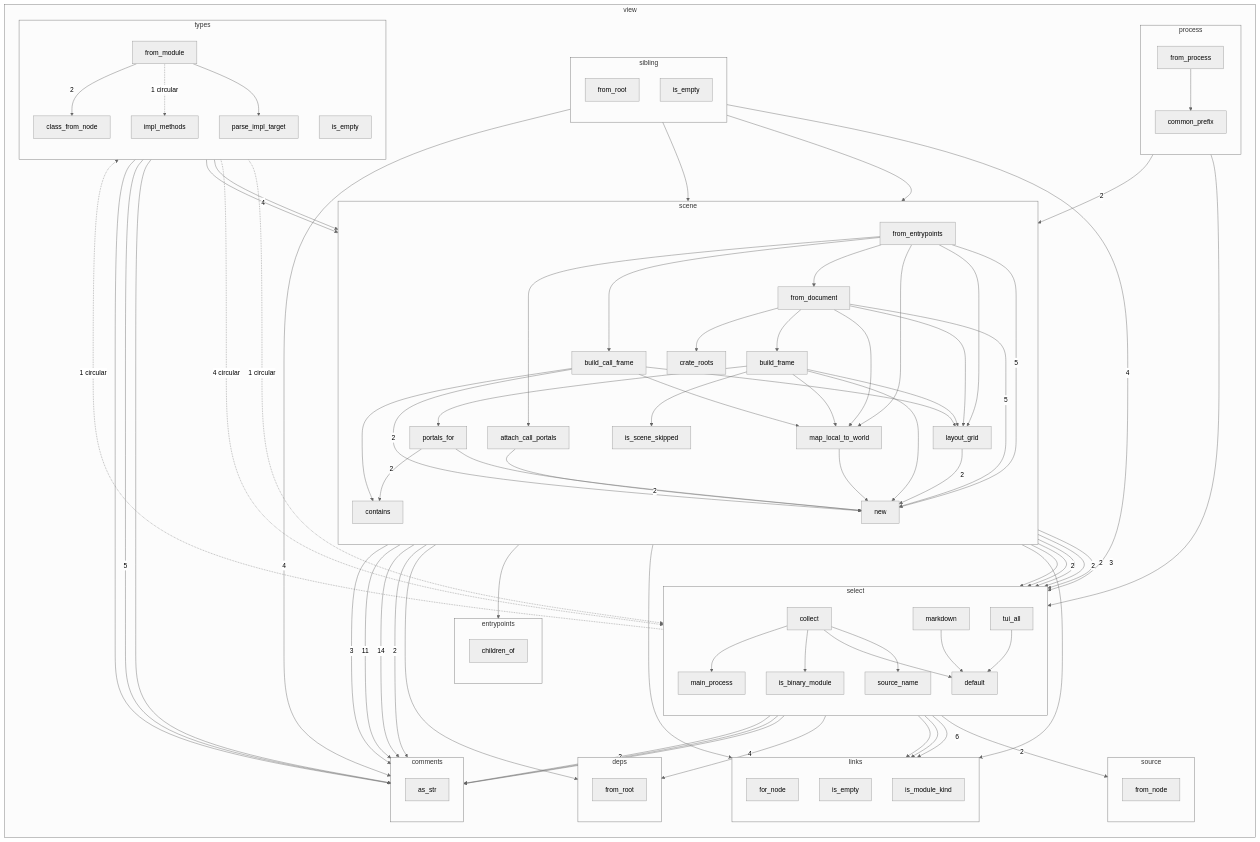
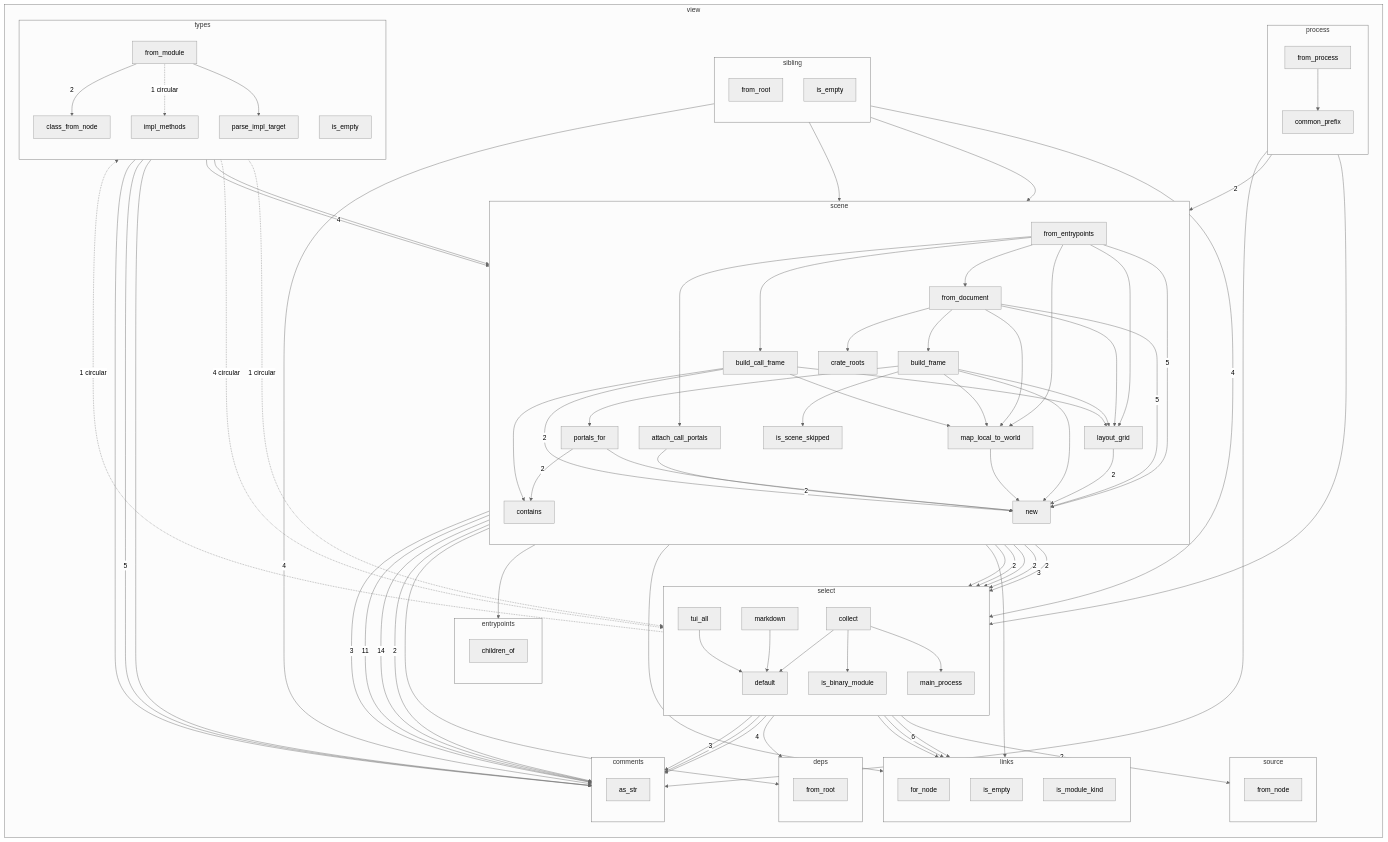
One commit to RyanGuild/self-describing-code changed the second of 2 diagrams in docs/self-model/robby_render/view/index.md. Above: the diagram before and after it, drawn with Mermaid (neutral theme). The commit also changed other lines of this file and 747 other files, not shown here.

```diff
--- a/docs/self-model/robby_render/view/index.md
+++ b/docs/self-model/robby_render/view/index.md
@@ -74,7 +75,7 @@
         direction TB
         subgraph n_2bf7728895532b9d["comments"]
             direction TB
-            n_fab4eeebb9766d7f["as_str"]
+            n_ff7778a79352f45c["as_str"]
         end
         subgraph n_55531c5d49993a41["deps"]
             direction TB
@@ -117,7 +118,6 @@
             n_737bc7514c5fccaa["is_binary_module"]
             n_7debed98e7d8376c["main_process"]
             n_d02d0abf1c3600ac["markdown"]
-            n_11f6d2fb700cd378["source_name"]
             n_f5a635ba7e165c71["tui_all"]
         end
         subgraph n_3d4b89e4d03574c3["sibling"]
@@ -139,24 +139,25 @@
         end
     end
     n_116ac437ecee9baf -.->|"1 circular"| n_bb9971de7b6aa277
-    n_116ac437ecee9baf --> n_fab4eeebb9766d7f
+    n_116ac437ecee9baf --> n_ff7778a79352f45c
     n_1923d2917a857926 --> n_362f706ada15eb10
     n_1923d2917a857926 --> n_43e14e4cbda3060d
     n_1923d2917a857926 --> n_4958b0fbabca34bc
     n_1923d2917a857926 --> n_79bed59b1a79eb84
     n_1923d2917a857926 -->|"3"| n_bb9971de7b6aa277
     n_1923d2917a857926 -->|"2"| n_f2c21d1aff51beb3
-    n_1923d2917a857926 -->|"2"| n_fab4eeebb9766d7f
+    n_1923d2917a857926 -->|"2"| n_ff7778a79352f45c
     n_25dacce096110768 --> n_570e2c532788087a
     n_25dacce096110768 --> n_bb9971de7b6aa277
     n_25dacce096110768 -->|"2"| n_f2c21d1aff51beb3
+    n_25dacce096110768 --> n_ff7778a79352f45c
     n_28988dd039e06d31 --> n_f2c21d1aff51beb3
-    n_28988dd039e06d31 -->|"14"| n_fab4eeebb9766d7f
+    n_28988dd039e06d31 -->|"14"| n_ff7778a79352f45c
     n_30b6d0144b0642cc -->|"2"| n_4958b0fbabca34bc
     n_30b6d0144b0642cc --> n_b8cfed370f7630fa
     n_30b6d0144b0642cc -->|"2"| n_bb9971de7b6aa277
     n_30b6d0144b0642cc -->|"2"| n_f2c21d1aff51beb3
-    n_30b6d0144b0642cc -->|"11"| n_fab4eeebb9766d7f
+    n_30b6d0144b0642cc -->|"11"| n_ff7778a79352f45c
     n_362f706ada15eb10 --> n_f2c21d1aff51beb3
     n_5d0e4314e8ae7165 --> n_30b6d0144b0642cc
     n_5d0e4314e8ae7165 --> n_362f706ada15eb10
@@ -165,12 +166,12 @@
     n_5d0e4314e8ae7165 -->|"2"| n_bb9971de7b6aa277
     n_5d0e4314e8ae7165 --> n_ca5056d43b6f5293
     n_5d0e4314e8ae7165 --> n_f2c21d1aff51beb3
-    n_5d0e4314e8ae7165 -->|"3"| n_fab4eeebb9766d7f
-    n_737bc7514c5fccaa --> n_fab4eeebb9766d7f
+    n_5d0e4314e8ae7165 -->|"3"| n_ff7778a79352f45c
+    n_737bc7514c5fccaa --> n_ff7778a79352f45c
     n_79bed59b1a79eb84 -->|"2"| n_f2c21d1aff51beb3
-    n_7debed98e7d8376c --> n_fab4eeebb9766d7f
+    n_7debed98e7d8376c --> n_ff7778a79352f45c
     n_93c94be41cee362e --> n_f2c21d1aff51beb3
-    n_93c94be41cee362e -->|"5"| n_fab4eeebb9766d7f
+    n_93c94be41cee362e -->|"5"| n_ff7778a79352f45c
     n_98e09a50ba136685 --> n_362f706ada15eb10
     n_98e09a50ba136685 --> n_5d0e4314e8ae7165
     n_98e09a50ba136685 --> n_79bed59b1a79eb84
@@ -184,7 +185,6 @@
     n_a226e41874f80197 --> n_98e09a50ba136685
     n_a226e41874f80197 -->|"5"| n_f2c21d1aff51beb3
     n_bb9971de7b6aa277 -->|"6"| n_0b2e754c404da854
-    n_bb9971de7b6aa277 --> n_11f6d2fb700cd378
     n_bb9971de7b6aa277 --> n_52efbca52123222c
     n_bb9971de7b6aa277 --> n_737bc7514c5fccaa
     n_bb9971de7b6aa277 --> n_7debed98e7d8376c
@@ -193,17 +193,17 @@
     n_bb9971de7b6aa277 -.->|"1 circular"| n_c7c36b72a1b4ae90
     n_bb9971de7b6aa277 -->|"4"| n_ca5056d43b6f5293
     n_bb9971de7b6aa277 -->|"2"| n_daf5ef70c3eb6dee
-    n_bb9971de7b6aa277 -->|"2"| n_fab4eeebb9766d7f
+    n_bb9971de7b6aa277 -->|"3"| n_ff7778a79352f45c
     n_c4e6114e4ad3d4ea --> n_4958b0fbabca34bc
     n_c4e6114e4ad3d4ea -->|"4"| n_bb9971de7b6aa277
     n_c4e6114e4ad3d4ea --> n_f2c21d1aff51beb3
-    n_c4e6114e4ad3d4ea -->|"4"| n_fab4eeebb9766d7f
+    n_c4e6114e4ad3d4ea -->|"4"| n_ff7778a79352f45c
     n_c7c36b72a1b4ae90 -.->|"1 circular"| n_116ac437ecee9baf
     n_c7c36b72a1b4ae90 --> n_796acf395b92fc32
     n_c7c36b72a1b4ae90 -->|"2"| n_93c94be41cee362e
     n_c7c36b72a1b4ae90 -.->|"4 circular"| n_bb9971de7b6aa277
     n_c7c36b72a1b4ae90 -->|"4"| n_f2c21d1aff51beb3
-    n_c7c36b72a1b4ae90 --> n_fab4eeebb9766d7f
+    n_c7c36b72a1b4ae90 --> n_ff7778a79352f45c
     n_d02d0abf1c3600ac --> n_52efbca52123222c
     n_d8f08dd1d2200ed6 --> n_0b2e754c404da854
     n_d8f08dd1d2200ed6 -->|"2"| n_bb9971de7b6aa277
```
